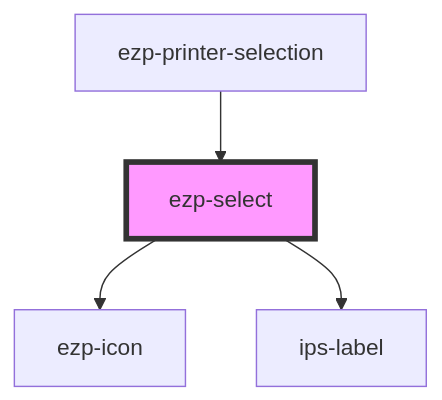
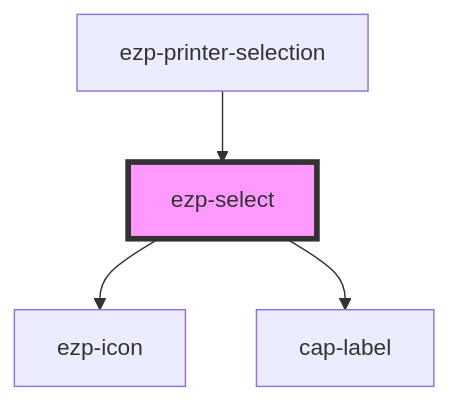
The diagram in src/components/ezp-select/readme.md (ezeep/ezeep-js), drawn with Mermaid before and after one commit. The commit also changed other lines of this file and 25 other files, not shown here.

````diff
--- a/src/components/ezp-select/readme.md
+++ b/src/components/ezp-select/readme.md
@@ -74,7 +71,7 @@
 ```mermaid
 graph TD;
   ezp-select --> ezp-icon
-  ezp-select --> ips-label
+  ezp-select --> cap-label
   ezp-printer-selection --> ezp-select
   style ezp-select fill:#f9f,stroke:#333,stroke-width:4px
 ```
````
